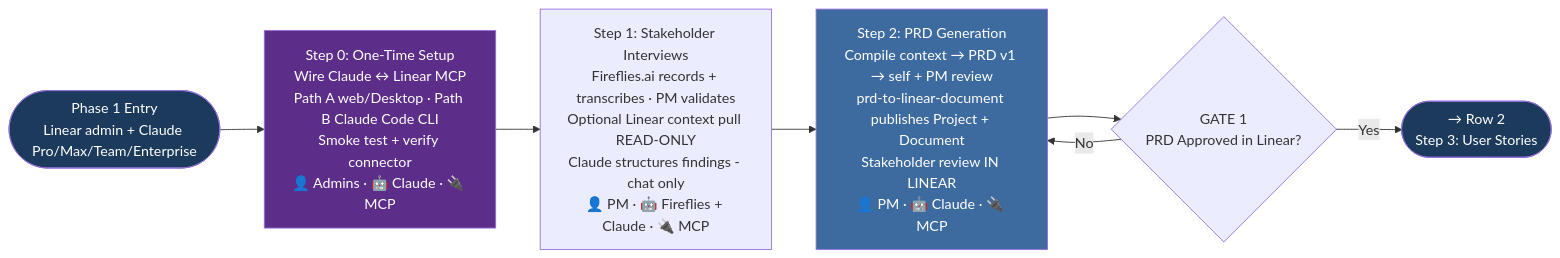
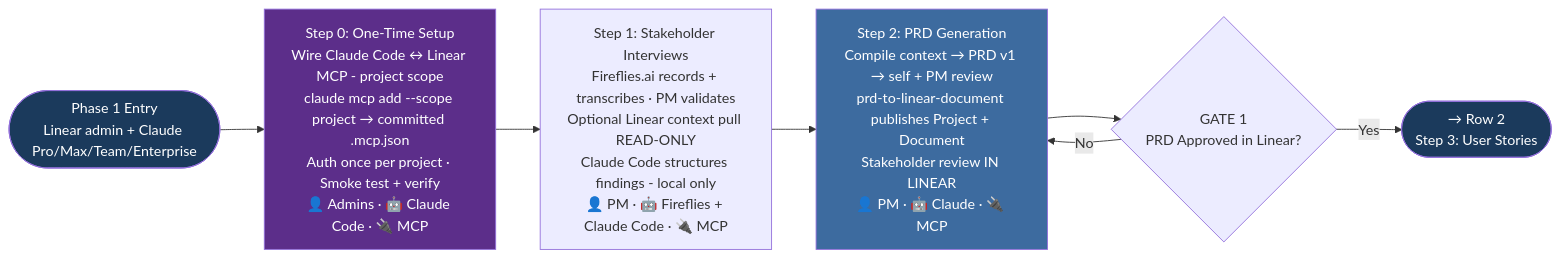
Before and after one commit to kalpat-allion/ai-dlc: the first of 3 diagrams in aidlc-phases/01-requirement-gathering/FLOWCHART-SUMMARY.md, drawn with Mermaid. The commit also changed other lines of this file and 25 other files, not shown here.

Commit message:
project scoped mcp

````diff
--- a/aidlc-phases/01-requirement-gathering/FLOWCHART-SUMMARY.md
+++ b/aidlc-phases/01-requirement-gathering/FLOWCHART-SUMMARY.md
@@ -20,14 +20,14 @@
 ```mermaid
 flowchart LR
-    START([Phase 1 Entry<br/>Linear admin + Claude Pro/Max/Team/Enterprise]) --> S0[Step 0: One-Time Setup<br/>Wire Claude ↔ Linear MCP<br/>Path A web/Desktop · Path B Claude Code CLI<br/>Smoke test + verify connector<br/>👤 Admins · 🤖 Claude · 🔌 MCP]
-    S0 --> S1[Step 1: Stakeholder Interviews<br/>Fireflies.ai records + transcribes · PM validates<br/>Optional Linear context pull READ-ONLY<br/>Claude structures findings - chat only<br/>👤 PM · 🤖 Fireflies + Claude · 🔌 MCP]
+    START([Phase 1 Entry<br/>Linear admin + Claude Pro/Max/Team/Enterprise]) --> S0[Step 0: One-Time Setup<br/>Wire Claude Code ↔ Linear MCP - project scope<br/>claude mcp add --scope project → committed .mcp.json<br/>Auth once per project · Smoke test + verify<br/>👤 Admins · 🤖 Claude Code · 🔌 MCP]
+    S0 --> S1[Step 1: Stakeholder Interviews<br/>Fireflies.ai records + transcribes · PM validates<br/>Optional Linear context pull READ-ONLY<br/>Claude Code structures findings - local only<br/>👤 PM · 🤖 Fireflies + Claude Code · 🔌 MCP]
     S1 --> S2[Step 2: PRD Generation<br/>Compile context → PRD v1 → self + PM review<br/>prd-to-linear-document publishes Project + Document<br/>Stakeholder review IN LINEAR<br/>👤 PM · 🤖 Claude · 🔌 MCP]
     S2 --> G1{GATE 1<br/>PRD Approved in Linear?}
     G1 -- No --> S2
     G1 -- Yes --> NEXT1([→ Row 2<br/>Step 3: User Stories])
 
     style START fill:#1B3A5C,color:#fff
     style S0 fill:#5C2E8A,color:#fff
     style S2 fill:#3D6B9F,color:#fff
     style NEXT1 fill:#1B3A5C,color:#fff
 ```
````
